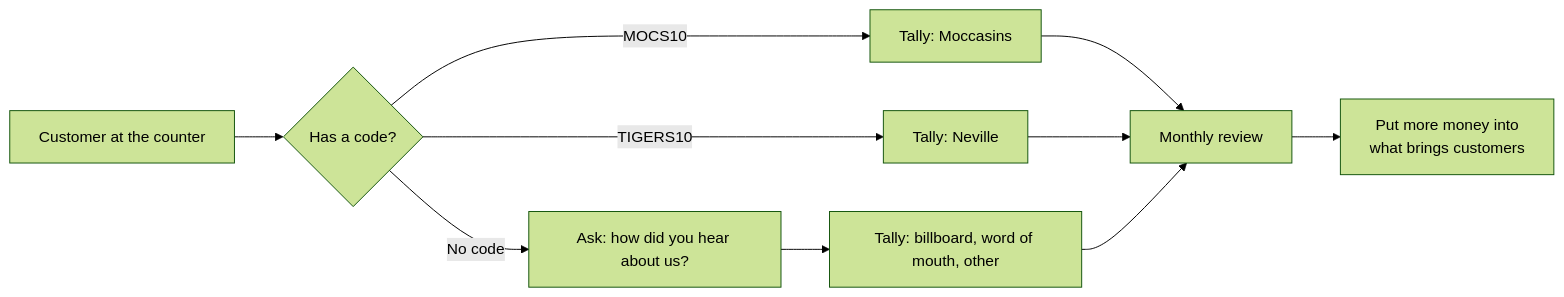
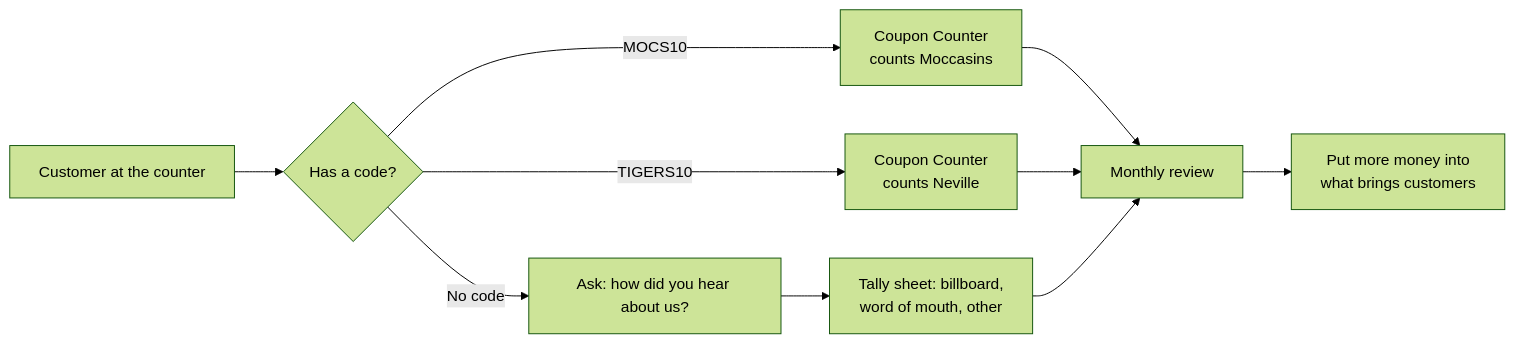
Before and after one commit to wbp318/goin-postal-forsythe: diagram 16 of 17 in README.md, drawn with Mermaid (forest theme). The commit also changed other lines of this file, not shown here.

First line of the commit message:
README: link live pages, add eight Mermaid charts

````diff
--- a/README.md
+++ b/README.md
@@ -233,12 +379,12 @@
 ```mermaid
 flowchart LR
   A["Customer at the counter"] --> B{"Has a code?"}
-  B -- "MOCS10" --> C["Tally: Moccasins"]
-  B -- "TIGERS10" --> D["Tally: Neville"]
+  B -- "MOCS10" --> C["Coupon Counter<br/>counts Moccasins"]
+  B -- "TIGERS10" --> D["Coupon Counter<br/>counts Neville"]
   B -- "No code" --> E["Ask: how did you hear about us?"]
-  E --> F["Tally: billboard, word of mouth, other"]
+  E --> F["Tally sheet: billboard,<br/>word of mouth, other"]
   C --> G["Monthly review"]
   D --> G
   F --> G
   G --> H["Put more money into<br/>what brings customers"]
 ```
````
